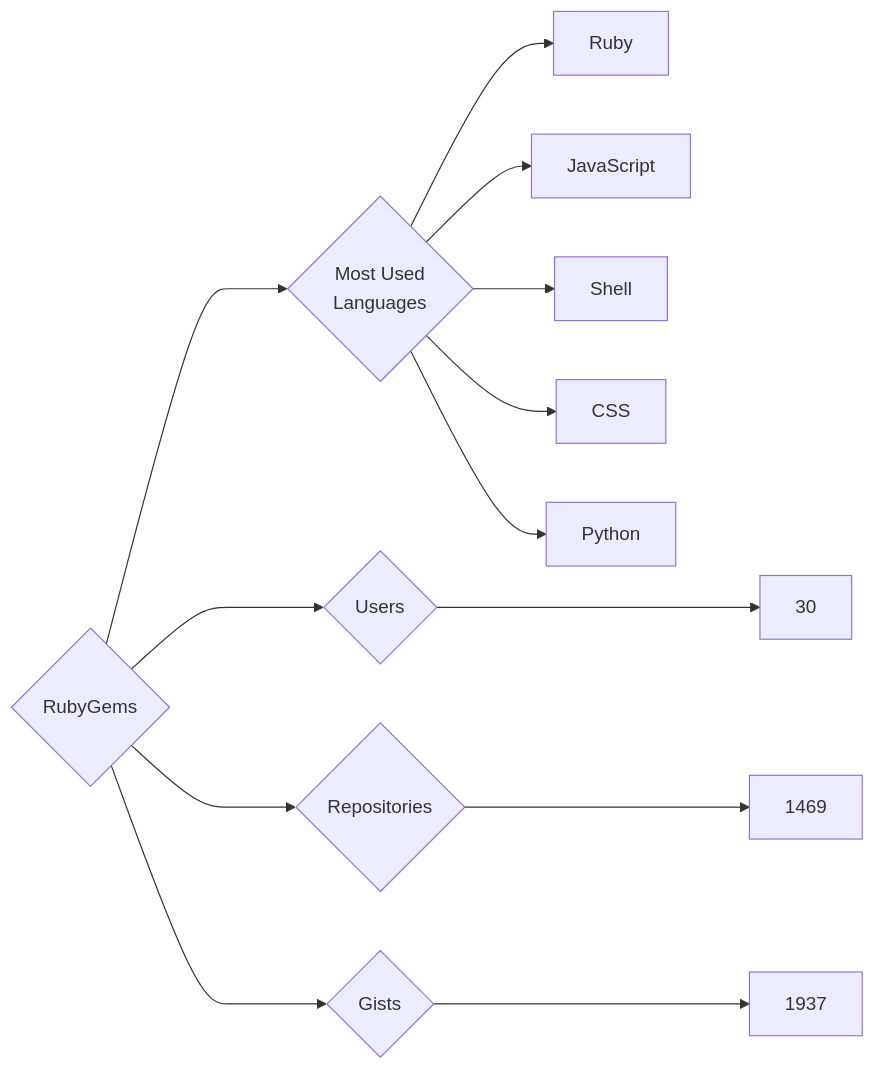
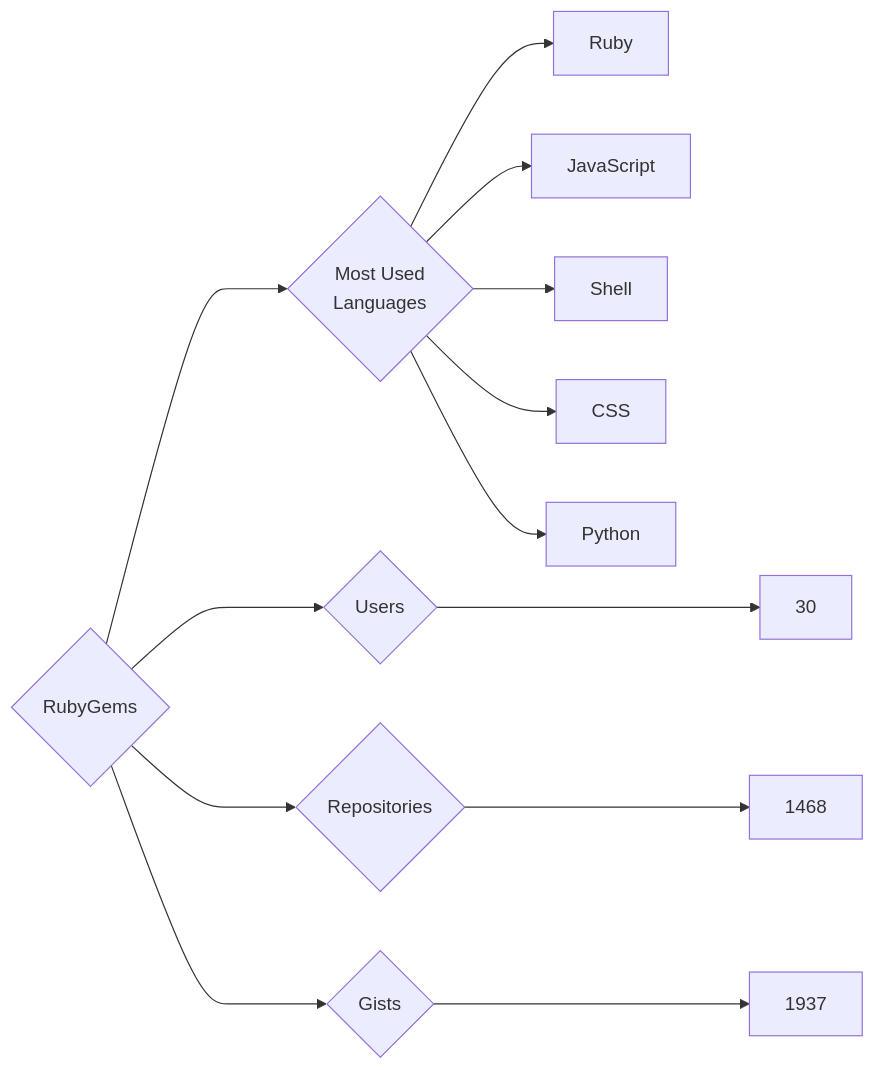
One commit to trickest/insiders changed the diagram in targets/RubyGems/README.md. Above: the diagram before and after it, drawn with Mermaid. The commit also changed 898 other files, not shown here.

````diff
--- a/targets/RubyGems/README.md
+++ b/targets/RubyGems/README.md
@@ -3,13 +3,13 @@
 ```mermaid
 graph LR
 COMPANY_NAME{RubyGems}
 COMPANY_NAME ---> U{Users} ---> UN[30]
-COMPANY_NAME ---> R{Repositories} ---> RN[1469]
+COMPANY_NAME ---> R{Repositories} ---> RN[1468]
 COMPANY_NAME ---> G{Gists} ---> GN[1937]
 COMPANY_NAME ---> ML{Most Used<br>Languages}
 ML --> Ruby[Ruby]
 ML --> JavaScript[JavaScript]
 ML --> Shell[Shell]
 ML --> CSS[CSS]
 ML --> Python[Python]
 ```
````
